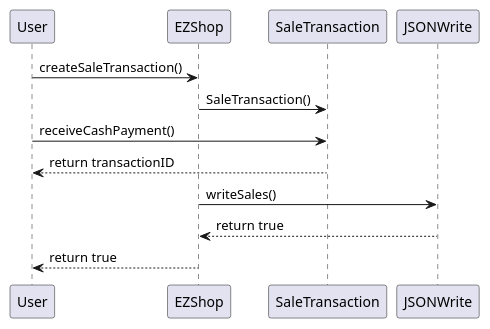
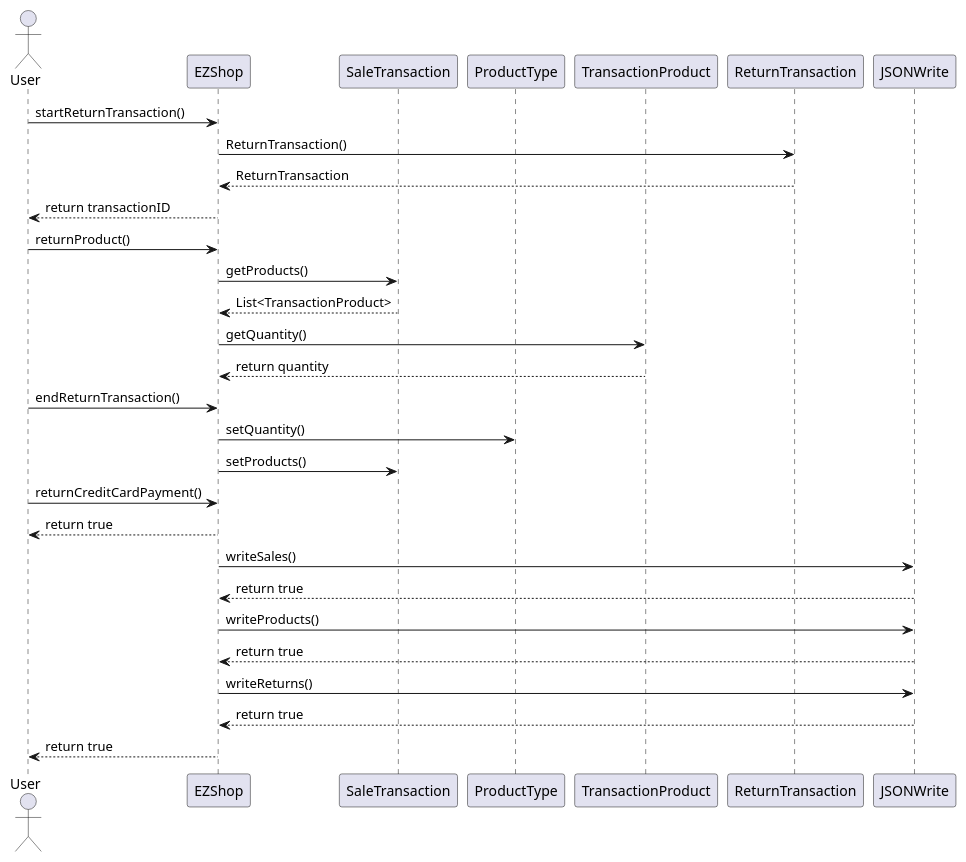
One commit to giuseppesalvi/ezshop changed diagram 19 of 21 in Deliverables/DesignDocument.md. Above: the diagram before and after it, drawn with PlantUML. The commit also changed other lines of this file, not shown here.

Commit message:
Update DesignDocument.md: sequence diagrams

````diff
--- a/Deliverables/DesignDocument.md
+++ b/Deliverables/DesignDocument.md
@@ -577,15 +607,31 @@
 ```plantuml
 @startuml
-participant User
+actor User
 participant EZShop
 participant SaleTransaction
-participant JSONWrite
-User -> EZShop : createSaleTransaction()
-EZShop -> SaleTransaction : SaleTransaction()
-User -> SaleTransaction : receiveCashPayment()
-User <-- SaleTransaction : return transactionID
+participant ProductType
+participant TransactionProduct
+participant ReturnTransaction
+User -> EZShop : startReturnTransaction()
+EZShop -> ReturnTransaction : ReturnTransaction()
+EZShop <-- ReturnTransaction : ReturnTransaction
+User <-- EZShop : return transactionID
+User -> EZShop : returnProduct()
+EZShop -> SaleTransaction : getProducts()
+EZShop <-- SaleTransaction : List<TransactionProduct>
+EZShop -> TransactionProduct : getQuantity()
+EZShop <-- TransactionProduct : return quantity
+User -> EZShop : endReturnTransaction()
+EZShop -> ProductType : setQuantity()
+EZShop -> SaleTransaction : setProducts()
+User -> EZShop : returnCreditCardPayment()
+User <-- EZShop : return true
 EZShop -> JSONWrite : writeSales()
+EZShop <-- JSONWrite : return true
+EZShop -> JSONWrite : writeProducts()
+EZShop <-- JSONWrite : return true
+EZShop -> JSONWrite : writeReturns()
 EZShop <-- JSONWrite : return true
 User <-- EZShop : return true
 @enduml
 ```
````
